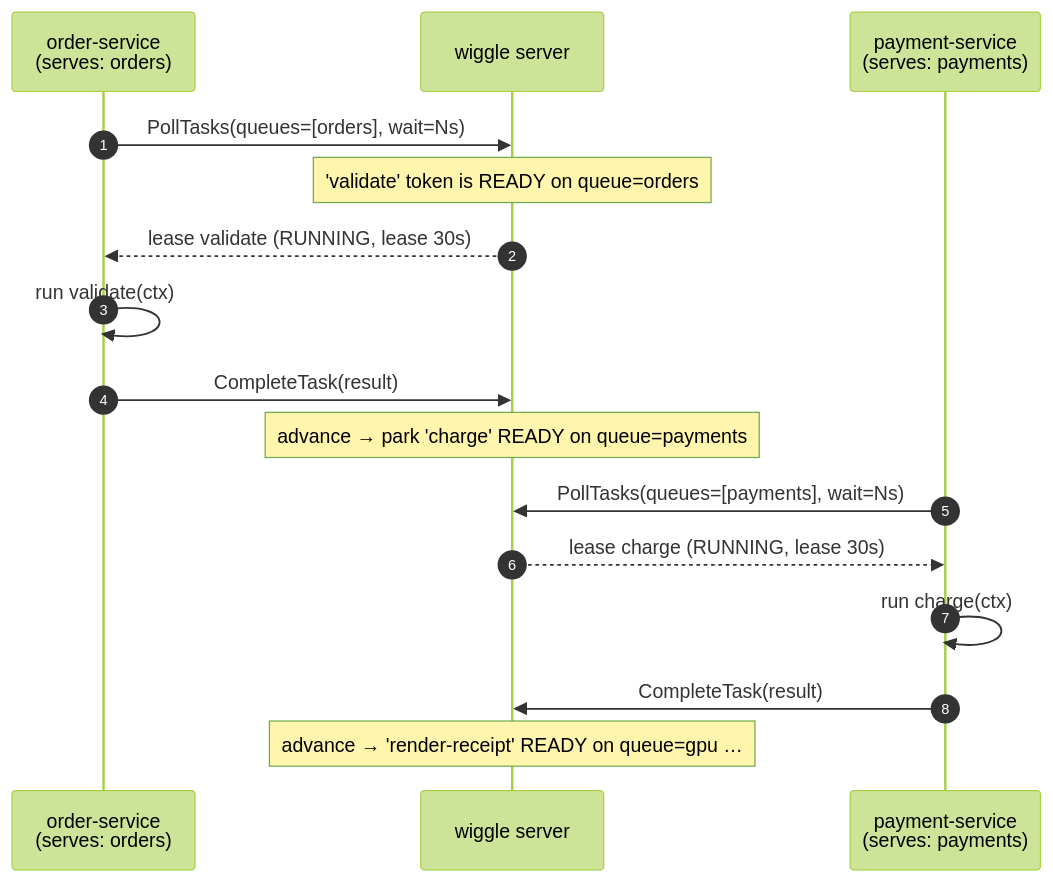
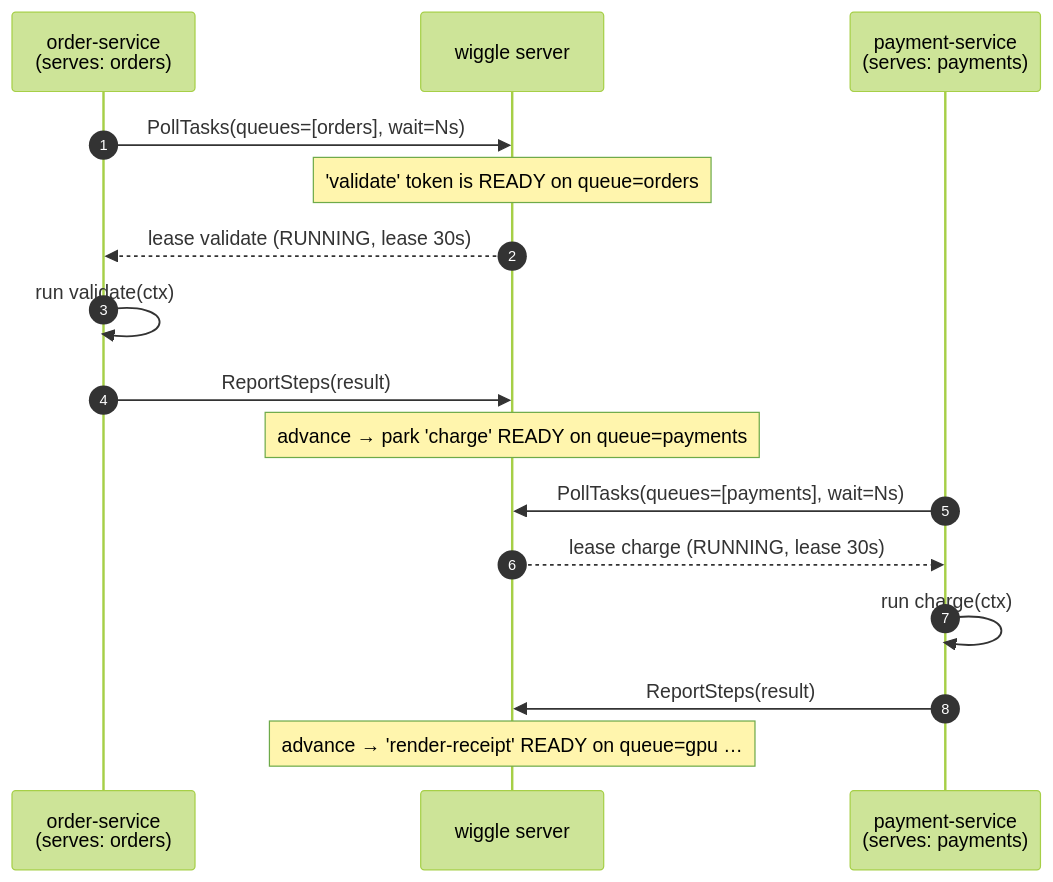
One commit to hadielmougy/wiggle changed the second of 3 diagrams in docs/queues.md. Above: the diagram before and after it, drawn with Mermaid (forest theme). The commit also changed other lines of this file and 37 other files, not shown here.

First line of the commit message:
One reporting API: CompleteTask, AdvanceRun and AdvanceMany collapse into ReportSteps (#218)

````diff
--- a/docs/queues.md
+++ b/docs/queues.md
@@ -116,19 +116,19 @@
 ```mermaid
 sequenceDiagram
   autonumber
   participant OS as order-service<br/>(serves: orders)
   participant SRV as wiggle server
   participant PS as payment-service<br/>(serves: payments)
 
   OS->>SRV: PollTasks(queues=[orders], wait=Ns)
   Note over SRV: 'validate' token is READY on queue=orders
   SRV-->>OS: lease validate (RUNNING, lease 30s)
   OS->>OS: run validate(ctx)
-  OS->>SRV: CompleteTask(result)
+  OS->>SRV: ReportSteps(result)
   Note over SRV: advance → park 'charge' READY on queue=payments
   PS->>SRV: PollTasks(queues=[payments], wait=Ns)
   SRV-->>PS: lease charge (RUNNING, lease 30s)
   PS->>PS: run charge(ctx)
-  PS->>SRV: CompleteTask(result)
+  PS->>SRV: ReportSteps(result)
   Note over SRV: advance → 'render-receipt' READY on queue=gpu …
 ```
````
